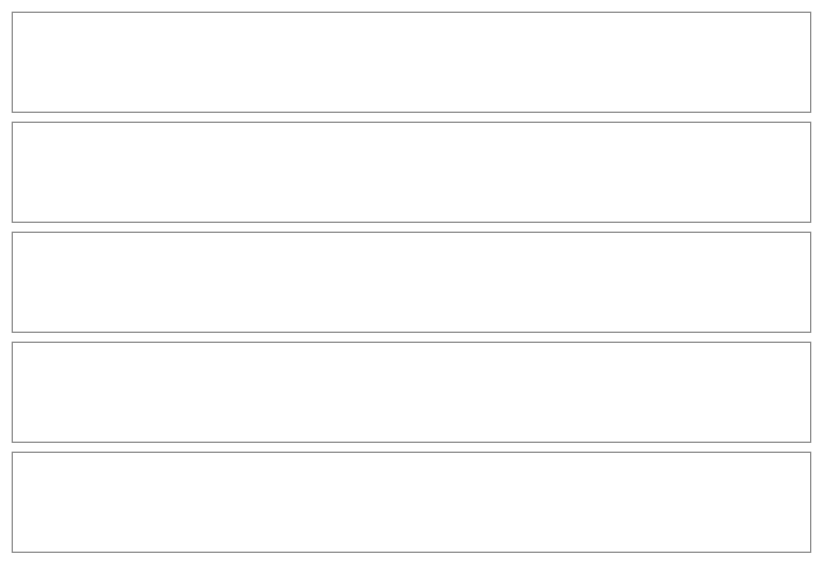
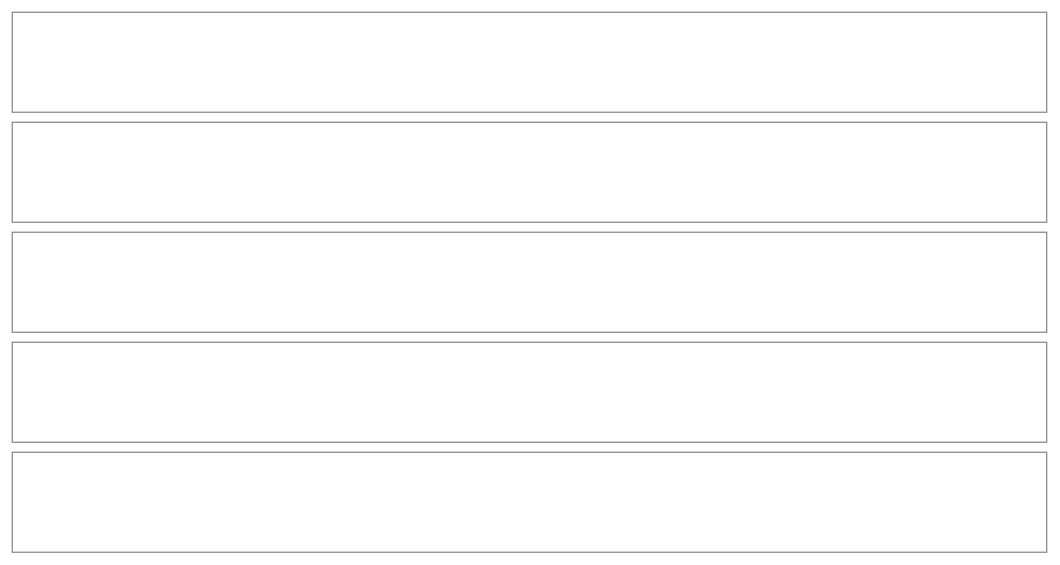
One commit to NovaMoonX/moondreams-dev-apps changed diagram 19 of 57 in src/apps/pinch/UX.md. Above: the diagram before and after it, drawn with Mermaid. The commit also changed other lines of this file and 7 other files, not shown here.

````diff
--- a/src/apps/pinch/UX.md
+++ b/src/apps/pinch/UX.md
@@ -624,15 +625,15 @@
 ```mermaid
 %%{init: {'theme': 'base', 'themeVariables': {'primaryColor': 'transparent', 'primaryBorderColor': '#888888', 'primaryTextColor': '#333333', 'lineColor': '#888888'}}}%%
 block-beta
   columns 1
   W1["‹ From a file"]
-  W2["📎 Choose a photo, screenshot or PDF. An AI reads it and fills in the form.<br/>You look it over first. Nothing is saved until you save it.  (tinted card)"]
-  W3["RECIPE FILE<br/>┌ 📎 A photo, screenshot or PDF · Up to 10 MB · or drop it here (hint hidden on a phone)<br/>└ Clear, straight-on photos read best.  (dashed card, hairline, hint)"]
+  W2["📎 An AI reads the file and fills in the form.<br/>You look it over before anything is saved.  (tinted card)"]
+  W3["RECIPE FILE<br/>┌ ⬆ Tap to choose a file · Photo, screenshot or PDF · up to 10 MB · or drop it here (the last part hidden on a phone)<br/>└ Clear, straight-on photos read best.  (dashed card, hairline, hint)"]
   W4["✍️ Write it yourself · Start with a blank recipe  (dashed row, as on the list of ways)"]
   W5["pinned footer: [ Back ] [ Choose a file ]"]
   style W1 fill:transparent,stroke:#888888,stroke-width:1px;
   style W2 fill:transparent,stroke:#888888,stroke-width:1px;
   style W3 fill:transparent,stroke:#888888,stroke-width:1px;
   style W4 fill:transparent,stroke:#888888,stroke-width:1px;
   style W5 fill:transparent,stroke:#888888,stroke-width:1px;
 ```
````
